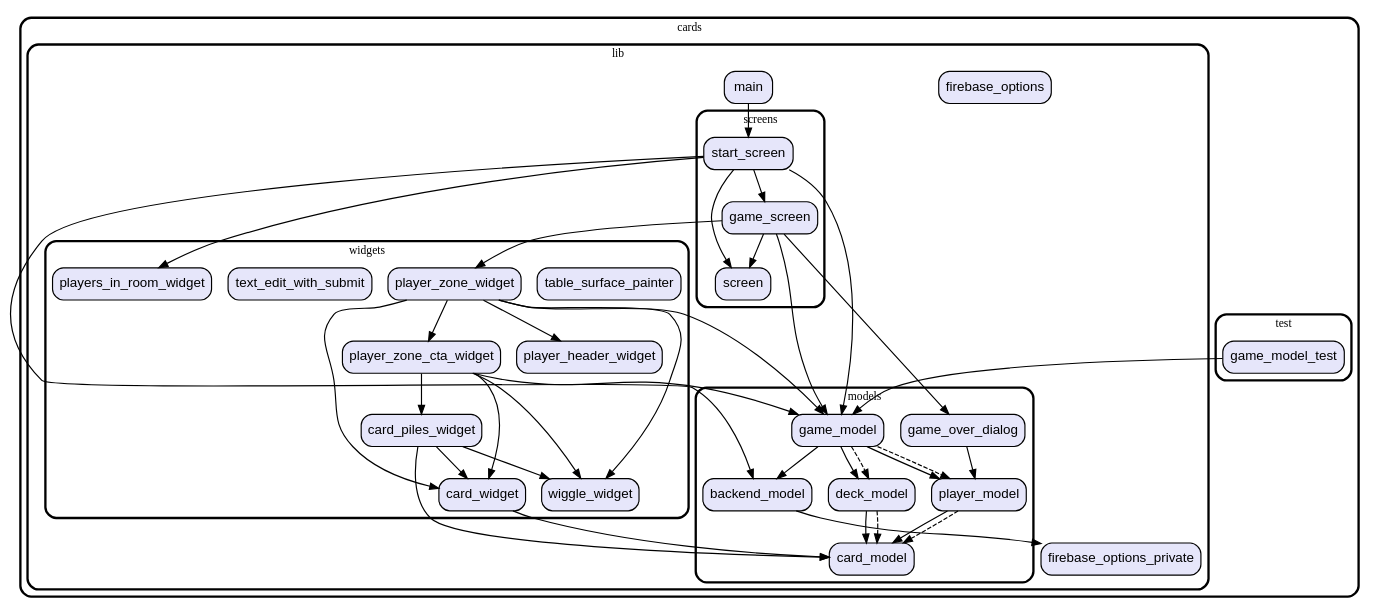
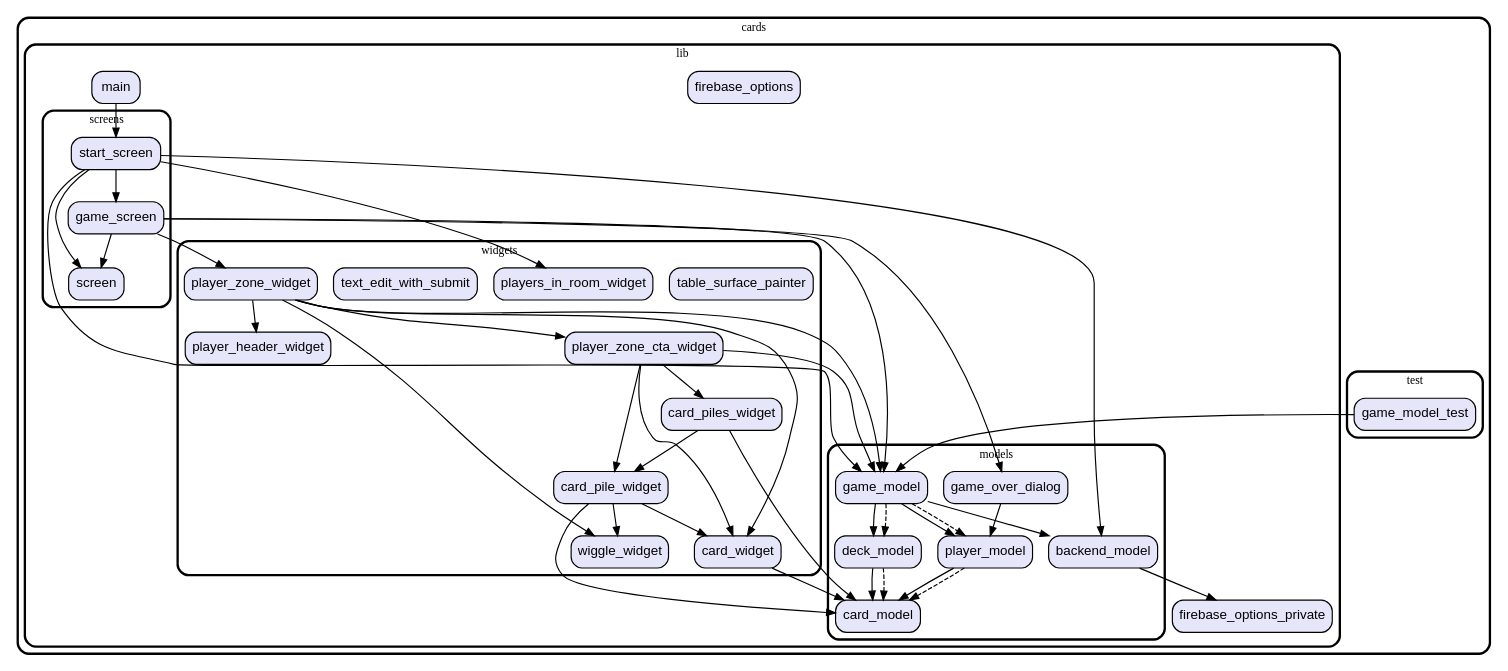
The diagram in graph.dot (vteam-com/Cards), drawn with Graphviz before and after one commit. The commit also changed 6 other files, not shown here.

```diff
--- a/graph.dot
+++ b/graph.dot
@@ -1,102 +1,106 @@
 digraph "" {
   graph [style=rounded fontname="Arial Black" fontsize=13 penwidth=2.6];
   node [shape=rect style="filled,rounded" fontname=Arial fontsize=15 fillcolor=Lavender penwidth=1.3];
   edge [penwidth=1.3];
   "/test/game_model_test.dart" [label="game_model_test"];
   "/lib/firebase_options_private.dart" [label="firebase_options_private"];
   "/lib/firebase_options.dart" [label="firebase_options"];
   "/lib/models/game_model.dart" [label="game_model"];
   "/lib/models/game_over_dialog.dart" [label="game_over_dialog"];
   "/lib/models/player_model.dart" [label="player_model"];
   "/lib/models/card_model.dart" [label="card_model"];
   "/lib/models/backend_model.dart" [label="backend_model"];
   "/lib/models/deck_model.dart" [label="deck_model"];
   "/lib/screens/game_screen.dart" [label="game_screen"];
   "/lib/screens/start_screen.dart" [label="start_screen"];
   "/lib/screens/screen.dart" [label="screen"];
   "/lib/main.dart" [label="main"];
   "/lib/widgets/player_zone_cta_widget.dart" [label="player_zone_cta_widget"];
+  "/lib/widgets/card_pile_widget.dart" [label="card_pile_widget"];
   "/lib/widgets/table_surface_painter.dart" [label="table_surface_painter"];
   "/lib/widgets/card_widget.dart" [label="card_widget"];
   "/lib/widgets/player_header_widget.dart" [label="player_header_widget"];
   "/lib/widgets/wiggle_widget.dart" [label="wiggle_widget"];
   "/lib/widgets/players_in_room_widget.dart" [label="players_in_room_widget"];
   "/lib/widgets/text_edit_with_submit.dart" [label="text_edit_with_submit"];
   "/lib/widgets/player_zone_widget.dart" [label="player_zone_widget"];
   "/lib/widgets/card_piles_widget.dart" [label="card_piles_widget"];
   subgraph "cluster~" {
     label="cards";
     subgraph "cluster~/test" {
       label="test";
       "/test/game_model_test.dart";
     }
     subgraph "cluster~/lib" {
       label="lib";
       "/lib/firebase_options_private.dart";
       "/lib/firebase_options.dart";
       "/lib/main.dart";
       subgraph "cluster~/lib/models" {
         label="models";
         "/lib/models/game_model.dart";
         "/lib/models/game_over_dialog.dart";
         "/lib/models/player_model.dart";
         "/lib/models/card_model.dart";
         "/lib/models/backend_model.dart";
         "/lib/models/deck_model.dart";
       }
       subgraph "cluster~/lib/screens" {
         label="screens";
         "/lib/screens/game_screen.dart";
         "/lib/screens/start_screen.dart";
         "/lib/screens/screen.dart";
       }
       subgraph "cluster~/lib/widgets" {
         label="widgets";
         "/lib/widgets/player_zone_cta_widget.dart";
+        "/lib/widgets/card_pile_widget.dart";
         "/lib/widgets/table_surface_painter.dart";
         "/lib/widgets/card_widget.dart";
         "/lib/widgets/player_header_widget.dart";
         "/lib/widgets/wiggle_widget.dart";
         "/lib/widgets/players_in_room_widget.dart";
         "/lib/widgets/text_edit_with_submit.dart";
         "/lib/widgets/player_zone_widget.dart";
         "/lib/widgets/card_piles_widget.dart";
       }
     }
   }
   "/test/game_model_test.dart" -> "/lib/models/game_model.dart";
   "/lib/models/game_model.dart" -> "/lib/models/backend_model.dart";
   "/lib/models/game_model.dart" -> "/lib/models/deck_model.dart";
   "/lib/models/game_model.dart" -> "/lib/models/player_model.dart";
   "/lib/models/game_model.dart" -> "/lib/models/deck_model.dart" [style=dashed];
   "/lib/models/game_model.dart" -> "/lib/models/player_model.dart" [style=dashed];
   "/lib/models/game_over_dialog.dart" -> "/lib/models/player_model.dart";
   "/lib/models/player_model.dart" -> "/lib/models/card_model.dart";
   "/lib/models/player_model.dart" -> "/lib/models/card_model.dart" [style=dashed];
   "/lib/models/backend_model.dart" -> "/lib/firebase_options_private.dart";
   "/lib/models/deck_model.dart" -> "/lib/models/card_model.dart";
   "/lib/models/deck_model.dart" -> "/lib/models/card_model.dart" [style=dashed];
   "/lib/screens/game_screen.dart" -> "/lib/models/game_model.dart";
   "/lib/screens/game_screen.dart" -> "/lib/models/game_over_dialog.dart";
   "/lib/screens/game_screen.dart" -> "/lib/screens/screen.dart";
   "/lib/screens/game_screen.dart" -> "/lib/widgets/player_zone_widget.dart";
   "/lib/screens/start_screen.dart" -> "/lib/models/backend_model.dart";
   "/lib/screens/start_screen.dart" -> "/lib/models/game_model.dart";
   "/lib/screens/start_screen.dart" -> "/lib/screens/game_screen.dart";
   "/lib/screens/start_screen.dart" -> "/lib/screens/screen.dart";
   "/lib/screens/start_screen.dart" -> "/lib/widgets/players_in_room_widget.dart";
   "/lib/main.dart" -> "/lib/screens/start_screen.dart";
   "/lib/widgets/player_zone_cta_widget.dart" -> "/lib/models/game_model.dart";
+  "/lib/widgets/player_zone_cta_widget.dart" -> "/lib/widgets/card_pile_widget.dart";
   "/lib/widgets/player_zone_cta_widget.dart" -> "/lib/widgets/card_piles_widget.dart";
   "/lib/widgets/player_zone_cta_widget.dart" -> "/lib/widgets/card_widget.dart";
-  "/lib/widgets/player_zone_cta_widget.dart" -> "/lib/widgets/wiggle_widget.dart";
+  "/lib/widgets/card_pile_widget.dart" -> "/lib/models/card_model.dart";
+  "/lib/widgets/card_pile_widget.dart" -> "/lib/widgets/card_widget.dart";
+  "/lib/widgets/card_pile_widget.dart" -> "/lib/widgets/wiggle_widget.dart";
   "/lib/widgets/card_widget.dart" -> "/lib/models/card_model.dart";
   "/lib/widgets/player_zone_widget.dart" -> "/lib/models/game_model.dart";
   "/lib/widgets/player_zone_widget.dart" -> "/lib/widgets/card_widget.dart";
   "/lib/widgets/player_zone_widget.dart" -> "/lib/widgets/player_header_widget.dart";
   "/lib/widgets/player_zone_widget.dart" -> "/lib/widgets/player_zone_cta_widget.dart";
   "/lib/widgets/player_zone_widget.dart" -> "/lib/widgets/wiggle_widget.dart";
   "/lib/widgets/card_piles_widget.dart" -> "/lib/models/card_model.dart";
-  "/lib/widgets/card_piles_widget.dart" -> "/lib/widgets/card_widget.dart";
-  "/lib/widgets/card_piles_widget.dart" -> "/lib/widgets/wiggle_widget.dart";
+  "/lib/widgets/card_piles_widget.dart" -> "/lib/widgets/card_pile_widget.dart";
 }
```
